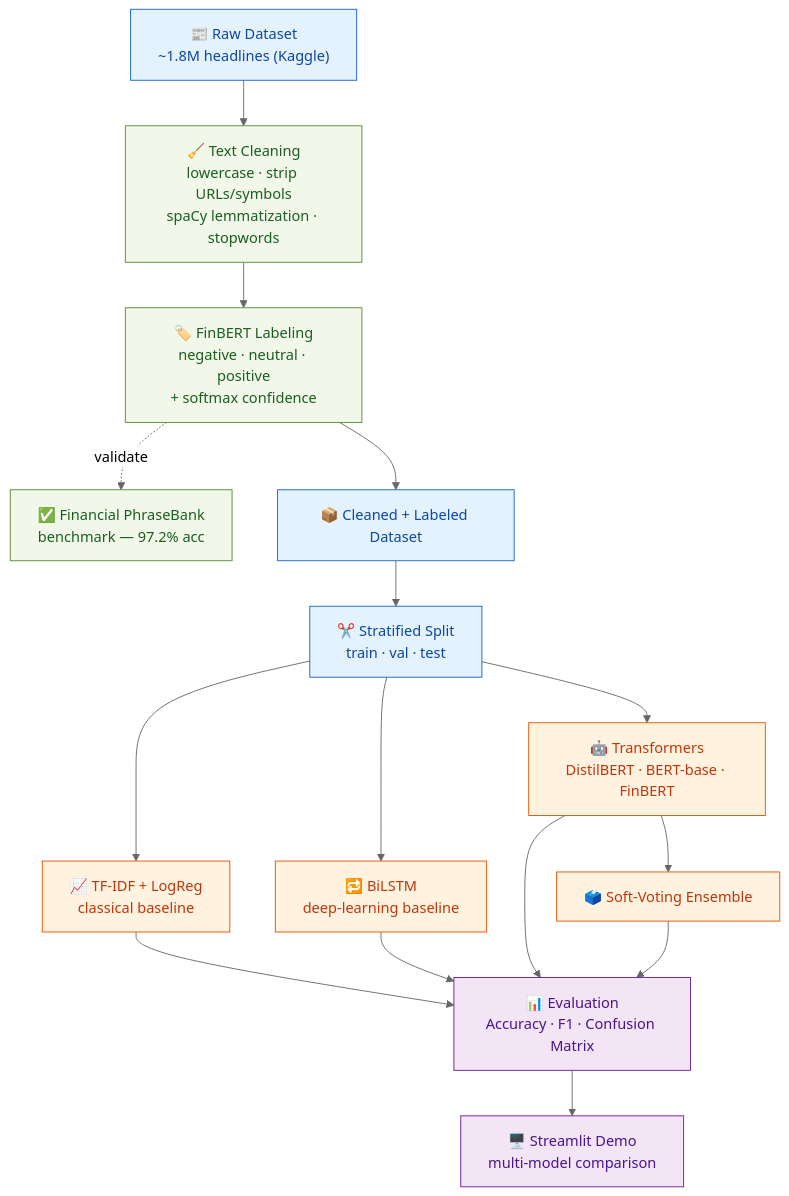
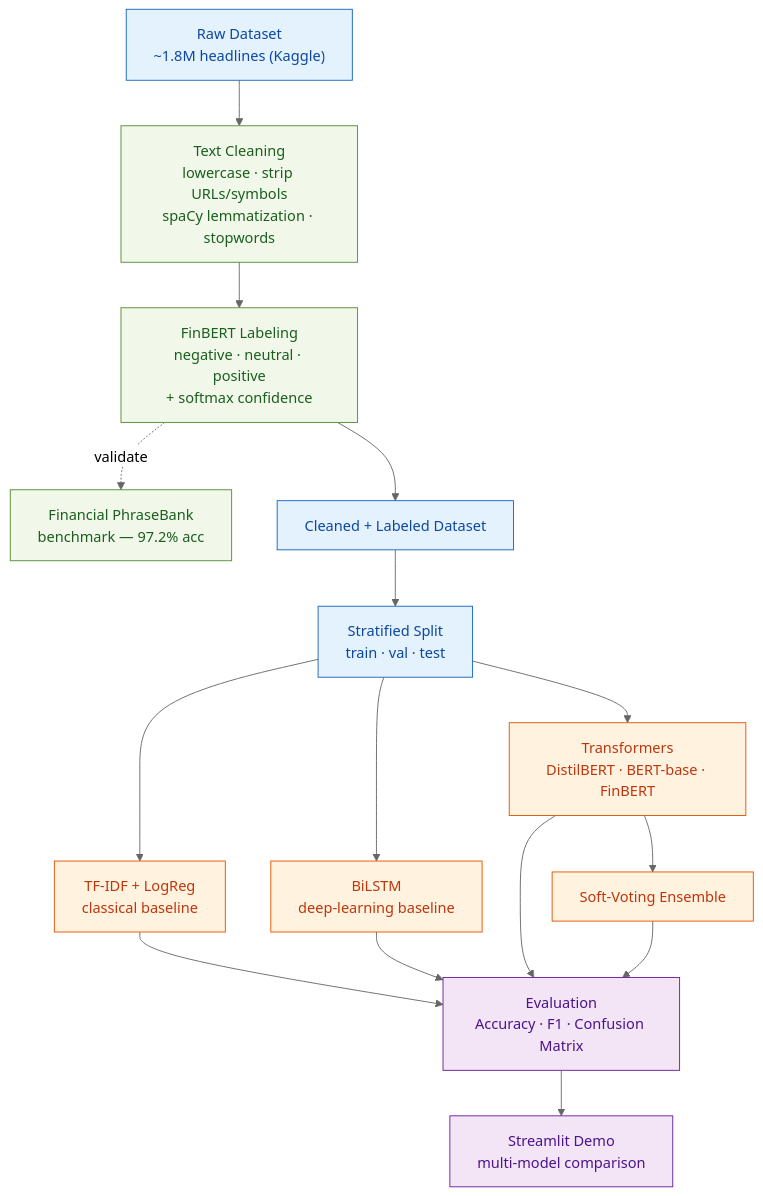
The diagram in README.md (Abirham24/Financial-News-Sentiment-Analysis), drawn with Mermaid (neutral theme) before and after one commit. The commit also changed other lines of this file, not shown here.

Commit message:
updated README
Updated the architecture diagram and removed the plain-text version for clarity.

````diff
--- a/README.md
+++ b/README.md
@@ -44,28 +44,28 @@
 ```mermaid
 flowchart TD
-    A["📰 Raw Dataset<br/>~1.8M headlines (Kaggle)"] --> B["🧹 Text Cleaning<br/>lowercase · strip URLs/symbols<br/>spaCy lemmatization · stopwords"]
-    B --> C["🏷️ FinBERT Labeling<br/>negative · neutral · positive<br/>+ softmax confidence"]
-    C -. validate .-> V["✅ Financial PhraseBank<br/>benchmark — 97.2% acc"]
-    C --> D["📦 Cleaned + Labeled Dataset"]
-    D --> E["✂️ Stratified Split<br/>train · val · test"]
+    A["Raw Dataset<br/>~1.8M headlines (Kaggle)"] --> B["Text Cleaning<br/>lowercase · strip URLs/symbols<br/>spaCy lemmatization · stopwords"]
+    B --> C["FinBERT Labeling<br/>negative · neutral · positive<br/>+ softmax confidence"]
+    C -. validate .-> V["Financial PhraseBank<br/>benchmark — 97.2% acc"]
+    C --> D["Cleaned + Labeled Dataset"]
+    D --> E["Stratified Split<br/>train · val · test"]
 
-    E --> M1["📈 TF-IDF + LogReg<br/>classical baseline"]
-    E --> M2["🔁 BiLSTM<br/>deep-learning baseline"]
-    E --> M3["🤖 Transformers<br/>DistilBERT · BERT-base · FinBERT"]
-    M3 --> M4["🗳️ Soft-Voting Ensemble"]
+    E --> M1["TF-IDF + LogReg<br/>classical baseline"]
+    E --> M2["BiLSTM<br/>deep-learning baseline"]
+    E --> M3["Transformers<br/>DistilBERT · BERT-base · FinBERT"]
+    M3 --> M4["Soft-Voting Ensemble"]
 
-    M1 --> EV["📊 Evaluation<br/>Accuracy · F1 · Confusion Matrix"]
+    M1 --> EV["Evaluation<br/>Accuracy · F1 · Confusion Matrix"]
     M2 --> EV
     M3 --> EV
     M4 --> EV
-    EV --> S["🖥️ Streamlit Demo<br/>multi-model comparison"]
+    EV --> S["Streamlit Demo<br/>multi-model comparison"]
 
     classDef data fill:#e3f2fd,stroke:#1565c0,color:#0d47a1;
     classDef proc fill:#f1f8e9,stroke:#558b2f,color:#1b5e20;
     classDef model fill:#fff3e0,stroke:#e65100,color:#bf360c;
     classDef out fill:#f3e5f5,stroke:#6a1b9a,color:#4a148c;
     class A,D,E data;
     class B,C,V proc;
     class M1,M2,M3,M4 model;
     class EV,S out;
 ```
````
